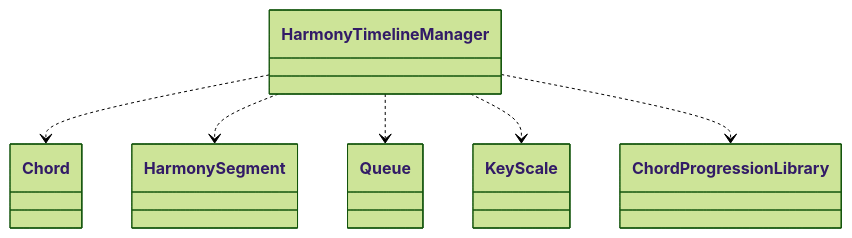
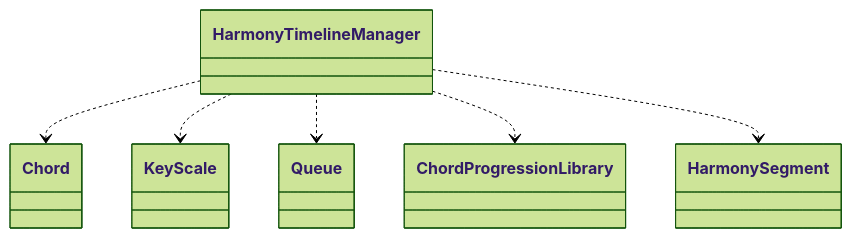
The seventh of 31 diagrams in test/test.md (schnock-art/project_inspector), drawn with Mermaid (forest theme) before and after one commit. The commit also changed other lines of this file and 2 other files, not shown here.

Commit message:
Fixed empyt mermaid diagrams

````diff
--- a/test/test.md
+++ b/test/test.md
@@ -249,8 +248,8 @@
 ```mermaid
 classDiagram
 HarmonyTimelineManager ..> Chord
+HarmonyTimelineManager ..> KeyScale
+HarmonyTimelineManager ..> Queue
+HarmonyTimelineManager ..> ChordProgressionLibrary
 HarmonyTimelineManager ..> HarmonySegment
-HarmonyTimelineManager ..> Queue
-HarmonyTimelineManager ..> KeyScale
-HarmonyTimelineManager ..> ChordProgressionLibrary
 ```
````
